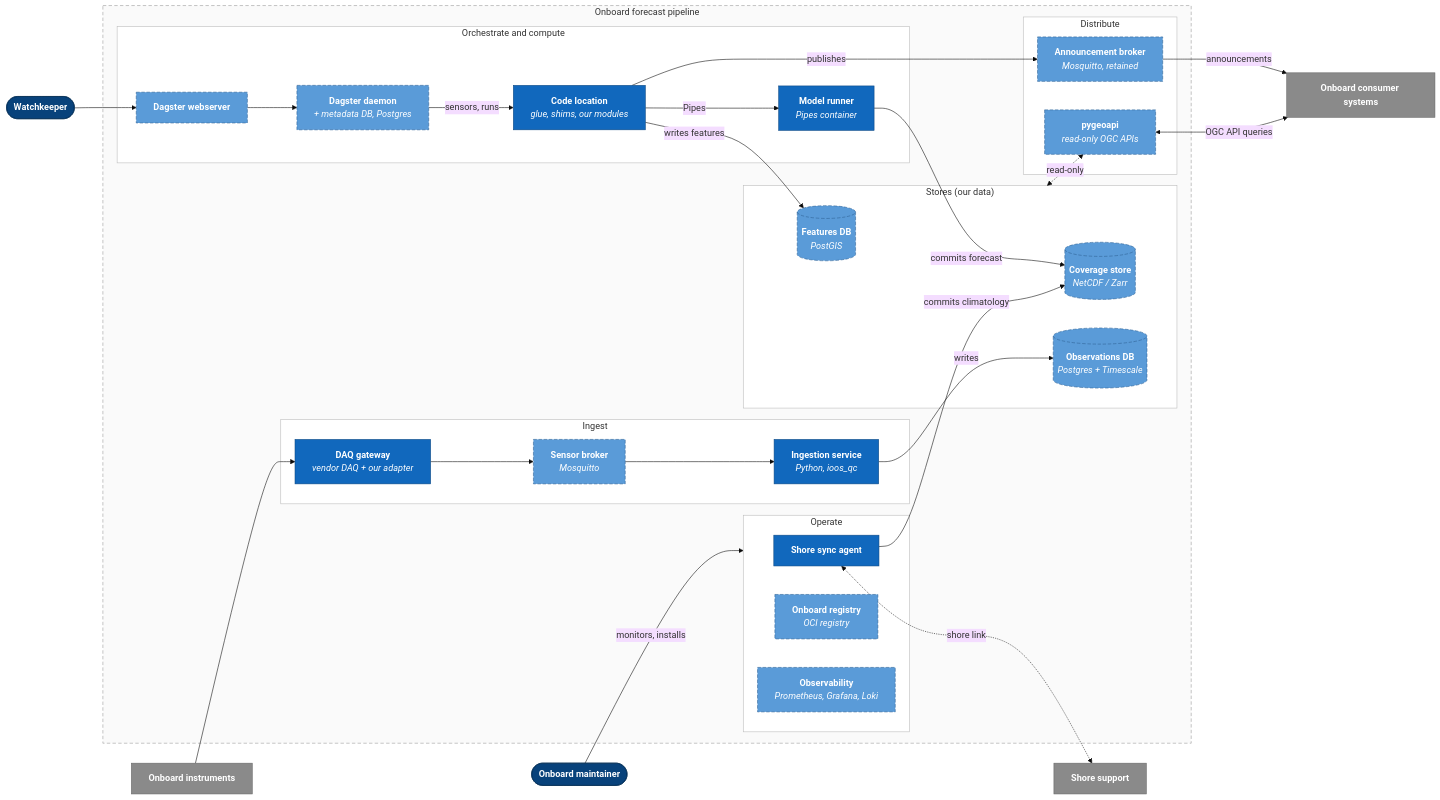
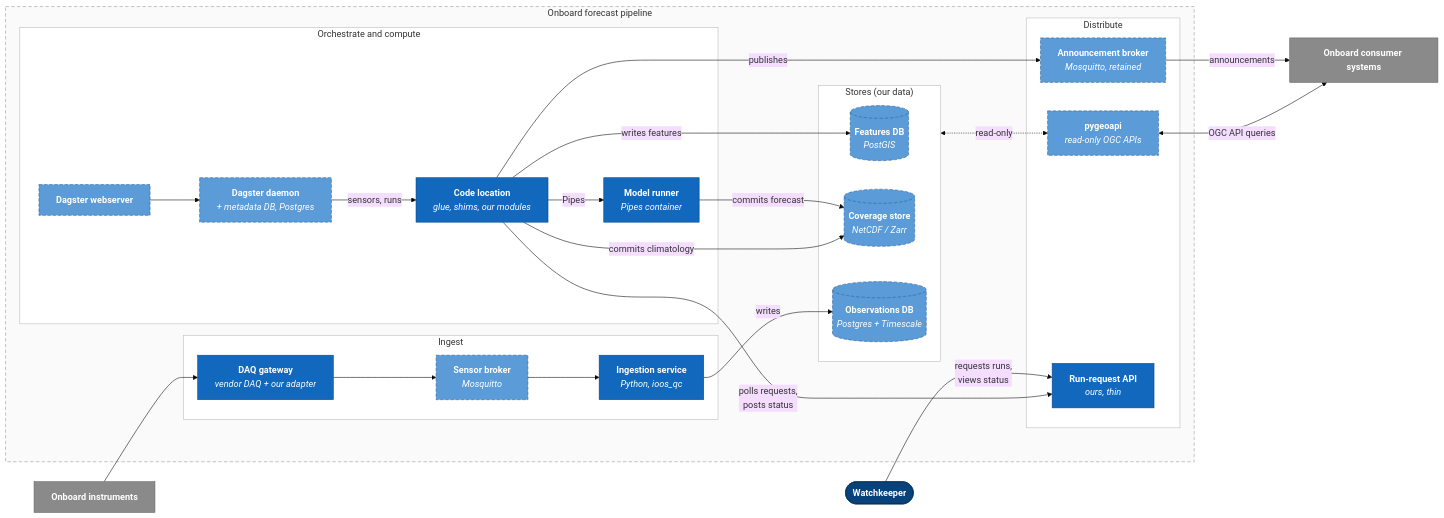
The second of 12 diagrams in docs/c4-model.md (DeepBlueCLtd/argonautical), drawn with Mermaid (base theme) before and after one commit. The commit also changed other lines of this file, not shown here.

First line of the commit message:
Decide C4 open questions Q1-Q7 and split busy diagrams

````diff
--- a/docs/c4-model.md
+++ b/docs/c4-model.md
@@ -87,58 +87,52 @@
 ```mermaid
 flowchart LR
   instr["<b>Onboard instruments</b>"]:::ext
   watch(["<b>Watchkeeper</b>"]):::person
-  maint(["<b>Onboard maintainer</b>"]):::person
-  shore["<b>Shore support</b>"]:::ext
   cons["<b>Onboard consumer systems</b>"]:::ext
 
   subgraph PIPE["Onboard forecast pipeline"]
     subgraph INGEST["Ingest"]
       gw["<b>DAQ gateway</b><br/><i>vendor DAQ + our adapter</i>"]:::ours
       sbrk["<b>Sensor broker</b><br/><i>Mosquitto</i>"]:::adopted
       ing["<b>Ingestion service</b><br/><i>Python, ioos_qc</i>"]:::ours
     end
     subgraph ORCH["Orchestrate and compute"]
       dweb["<b>Dagster webserver</b>"]:::adopted
       dd["<b>Dagster daemon</b><br/><i>+ metadata DB, Postgres</i>"]:::adopted
       cl["<b>Code location</b><br/><i>glue, shims, our modules</i>"]:::ours
       mr["<b>Model runner</b><br/><i>Pipes container</i>"]:::ours
     end
-    subgraph OPS["Operate"]
-      sync["<b>Shore sync agent</b>"]:::ours
-      reg["<b>Onboard registry</b><br/><i>OCI registry</i>"]:::adopted
-      mon["<b>Observability</b><br/><i>Prometheus, Grafana, Loki</i>"]:::adopted
-    end
     subgraph STORE["Stores (our data)"]
       fdb[("<b>Features DB</b><br/><i>PostGIS</i>")]:::adopted
       cov[("<b>Coverage store</b><br/><i>NetCDF / Zarr</i>")]:::adopted
       obs[("<b>Observations DB</b><br/><i>Postgres + Timescale</i>")]:::adopted
     end
     subgraph DIST["Distribute"]
       pga["<b>pygeoapi</b><br/><i>read-only OGC APIs</i>"]:::adopted
       brk["<b>Announcement broker</b><br/><i>Mosquitto, retained</i>"]:::adopted
+      rapi["<b>Run-request API</b><br/><i>ours, thin</i>"]:::ours
     end
   end
 
   instr --> gw --> sbrk --> ing -->|"writes"| obs
-  watch --> dweb --> dd
+  watch -->|"requests runs,<br/>views status"| rapi
+  cl -->|"polls requests,<br/>posts status"| rapi
+  dweb --> dd
   dd -->|"sensors, runs"| cl
   cl -->|"Pipes"| mr
   mr -->|"commits forecast"| cov
   cl -->|"writes features"| fdb
   cl -->|"publishes"| brk
-  sync <-.->|"shore link"| shore
-  sync -->|"commits climatology"| cov
-  maint -->|"monitors, installs"| OPS
+  cl -->|"commits climatology"| cov
   STORE <-.->|"read-only"| pga
   brk -->|"announcements"| cons
   pga <-->|"OGC API queries"| cons
   classDef person fill:#08427b,stroke:#052e56,color:#fff
   classDef ours fill:#1168bd,stroke:#0b4884,color:#fff
   classDef adopted fill:#5a9bd8,stroke:#2e6295,color:#fff,stroke-dasharray:6 3
   classDef ext fill:#8a8a8a,stroke:#666,color:#fff
   classDef zone fill:#fafafa,stroke:#999,stroke-dasharray:6 4,color:#333
   classDef host fill:#fff,stroke:#bbb,color:#333
   class PIPE zone
-  class INGEST,ORCH,OPS,STORE,DIST host
+  class INGEST,ORCH,STORE,DIST host
 ```
````
